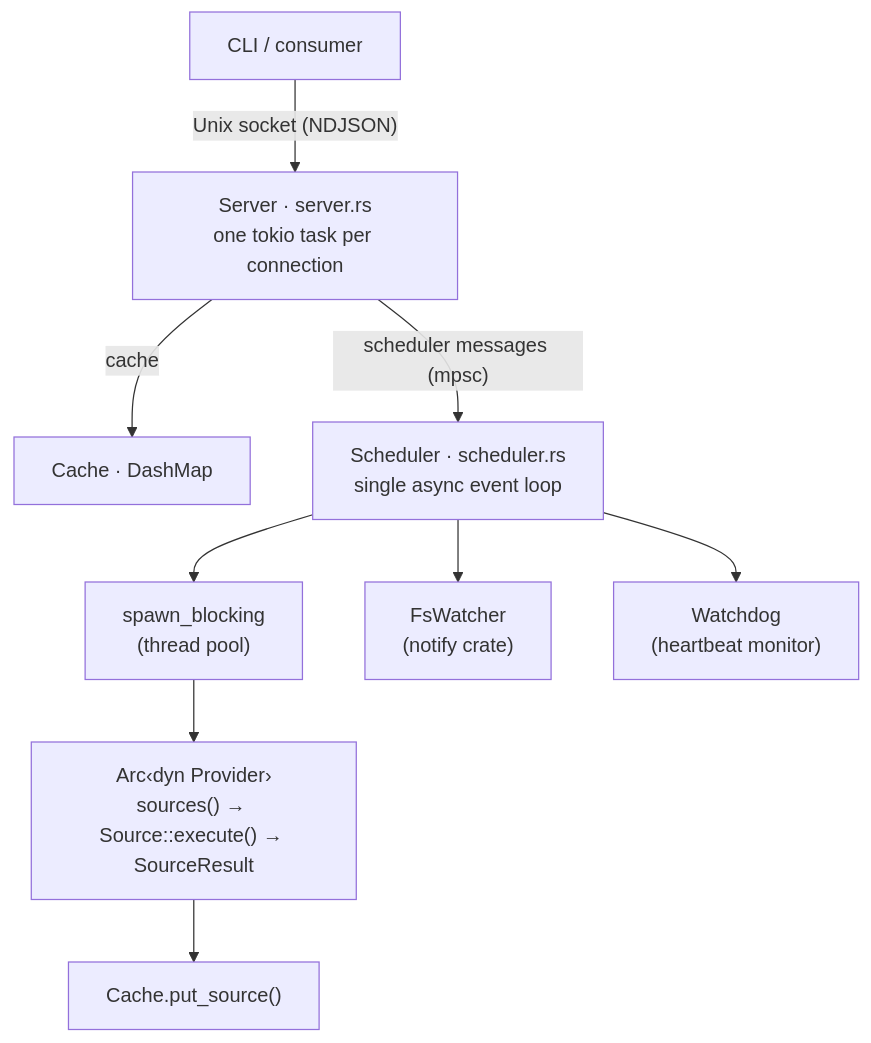
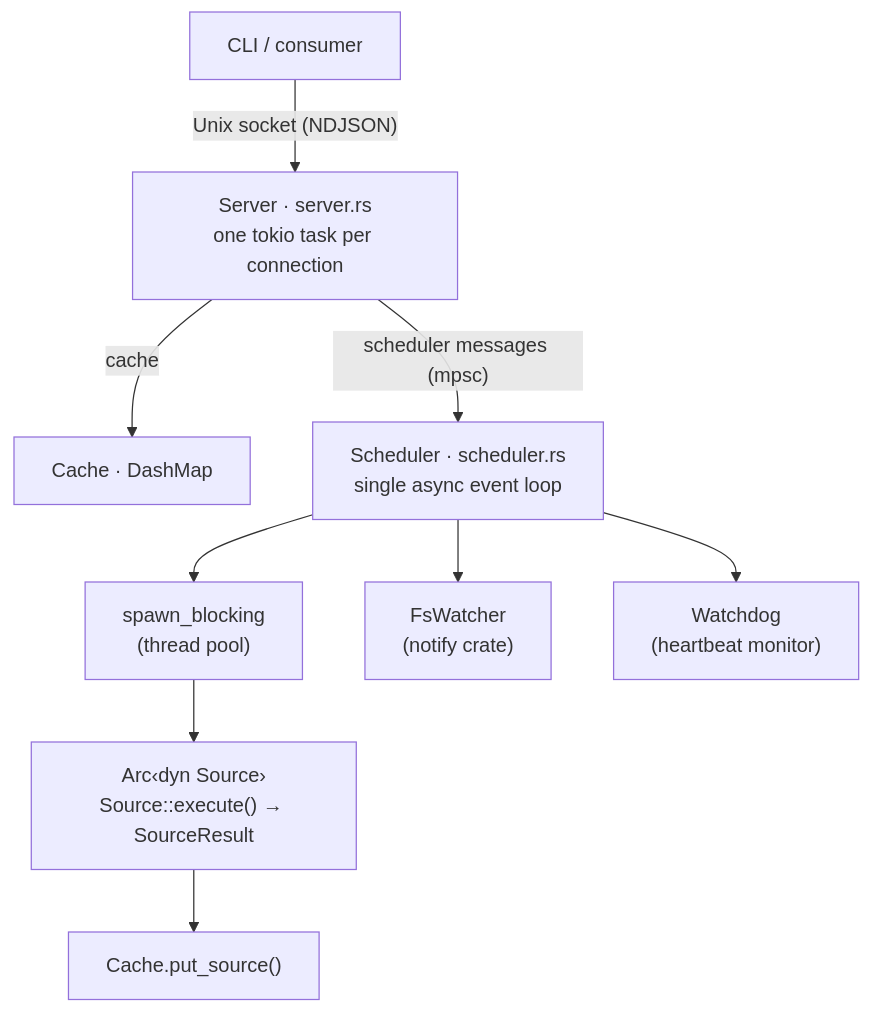
The first of 2 diagrams in website/docs/internals/architecture.md (NavistAu/beachcomber), drawn with Mermaid before and after one commit. The commit also changed other lines of this file and 15 other files, not shown here.

````diff
--- a/website/docs/internals/architecture.md
+++ b/website/docs/internals/architecture.md
@@ -14,14 +14,14 @@
 ```mermaid
 graph TB
     CLI["CLI / consumer"] -->|"Unix socket (NDJSON)"| Server
 
     Server["Server · server.rs<br/>one tokio task per connection"] -->|cache| Cache["Cache · DashMap"]
     Server -->|"scheduler messages (mpsc)"| Scheduler
 
     Scheduler["Scheduler · scheduler.rs<br/>single async event loop"] --> SB["spawn_blocking<br/>(thread pool)"]
     Scheduler --> FSW["FsWatcher<br/>(notify crate)"]
     Scheduler --> Watchdog["Watchdog<br/>(heartbeat monitor)"]
 
-    SB --> Provider["Arc‹dyn Provider›<br/>sources() → Source::execute() → SourceResult"]
+    SB --> Provider["Arc‹dyn Source›<br/>Source::execute() → SourceResult"]
     Provider --> Put["Cache.put_source()"]
 ```
````
